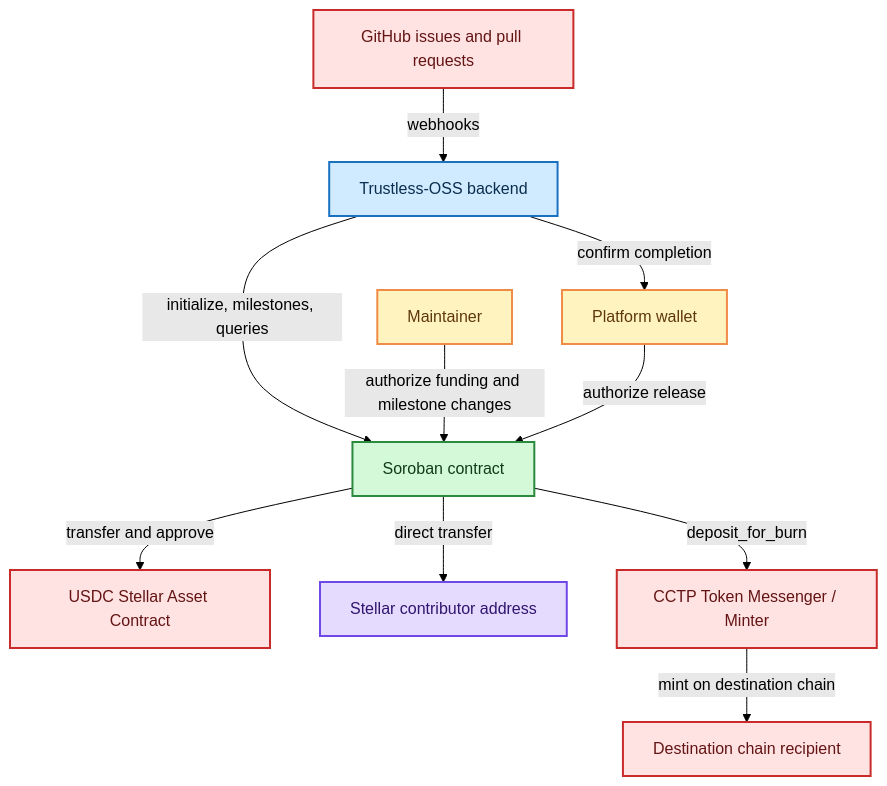
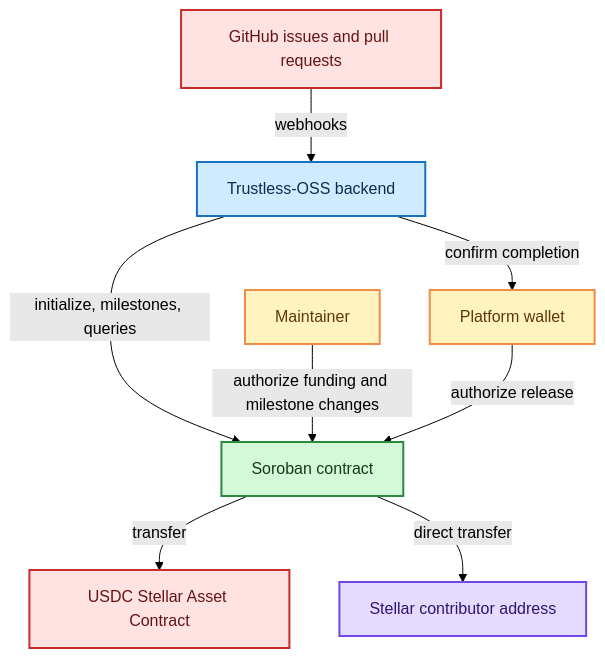
The first of 4 diagrams in docs/arch.md (Trustless-OSS/Toss-Contract), drawn with Mermaid (forest theme) before and after one commit. The commit also changed other lines of this file and 7 other files, not shown here.

````diff
--- a/docs/arch.md
+++ b/docs/arch.md
@@ -7,33 +7,29 @@
 ```mermaid
 flowchart TB
     Maintainer[Maintainer]
     GitHub[GitHub issues and pull requests]
     Backend[Trustless-OSS backend]
     Soroban[Soroban contract]
     USDC[USDC Stellar Asset Contract]
     Platform[Platform wallet]
     Stellar[Stellar contributor address]
-    CCTP[CCTP Token Messenger / Minter]
-    Chain[Destination chain recipient]
 
     GitHub -->|webhooks| Backend
     Backend -->|initialize, milestones, queries| Soroban
     Maintainer -->|authorize funding and milestone changes| Soroban
-    Soroban -->|transfer and approve| USDC
+    Soroban -->|transfer| USDC
     Backend -->|confirm completion| Platform
     Platform -->|authorize release| Soroban
     Soroban -->|direct transfer| Stellar
-    Soroban -->|deposit_for_burn| CCTP
-    CCTP -->|mint on destination chain| Chain
 
     classDef human fill:#fff3bf,stroke:#f08c46,color:#5f370e,stroke-width:2px;
     classDef external fill:#ffe3e3,stroke:#c92a2a,color:#641414,stroke-width:2px;
     classDef app fill:#d0ebff,stroke:#1971c2,color:#0b2e4f,stroke-width:2px;
     classDef contract fill:#d3f9d8,stroke:#2b8a3e,color:#123b1a,stroke-width:2px;
     classDef asset fill:#e5dbff,stroke:#7048e8,color:#30156e,stroke-width:2px;
     class Maintainer,Platform human;
-    class GitHub,USDC,CCTP,Chain external;
+    class GitHub,USDC external;
     class Backend app;
     class Soroban contract;
     class Stellar asset;
 ```
````
